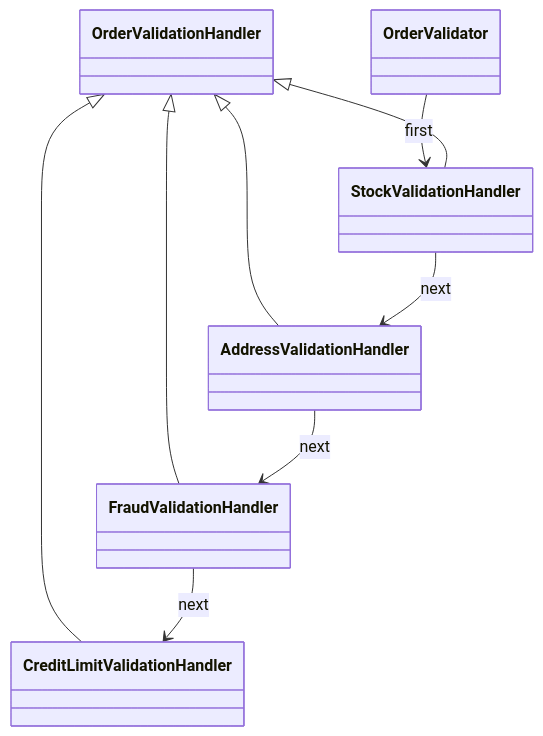
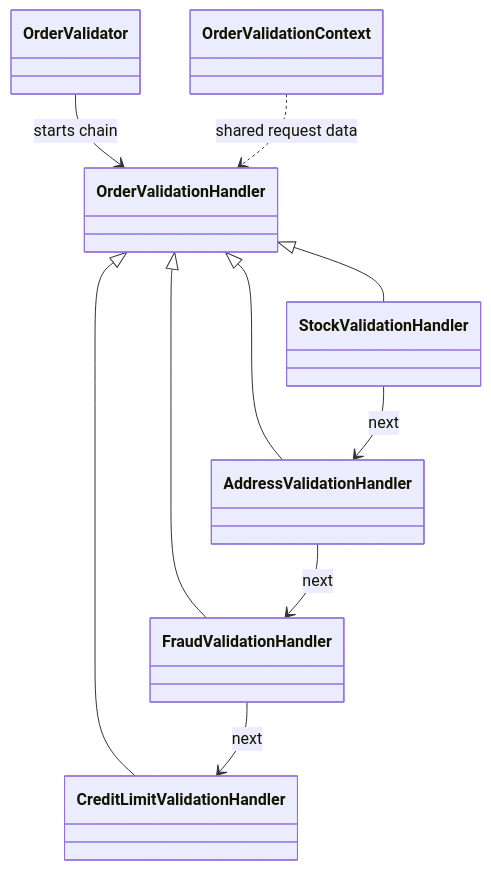
The first of 2 diagrams in patterns/behavioral/chain-of-responsibility/README.md (vaughnellis/gang-of-four-in-action), drawn with Mermaid before and after one commit. The commit also changed other lines of this file and 34 other files, not shown here.

````diff
--- a/patterns/behavioral/chain-of-responsibility/README.md
+++ b/patterns/behavioral/chain-of-responsibility/README.md
@@ -23,11 +61,12 @@
 ```mermaid
 classDiagram
-	OrderValidator --> StockValidationHandler : first
-	OrderValidationHandler <|-- StockValidationHandler
-	OrderValidationHandler <|-- AddressValidationHandler
-	OrderValidationHandler <|-- FraudValidationHandler
-	OrderValidationHandler <|-- CreditLimitValidationHandler
-	StockValidationHandler --> AddressValidationHandler : next
-	AddressValidationHandler --> FraudValidationHandler : next
-	FraudValidationHandler --> CreditLimitValidationHandler : next
+    OrderValidator --> OrderValidationHandler : starts chain
+    OrderValidationHandler <|-- StockValidationHandler
+    OrderValidationHandler <|-- AddressValidationHandler
+    OrderValidationHandler <|-- FraudValidationHandler
+    OrderValidationHandler <|-- CreditLimitValidationHandler
+    StockValidationHandler --> AddressValidationHandler : next
+    AddressValidationHandler --> FraudValidationHandler : next
+    FraudValidationHandler --> CreditLimitValidationHandler : next
+    OrderValidationContext ..> OrderValidationHandler : shared request data
 ```
````
